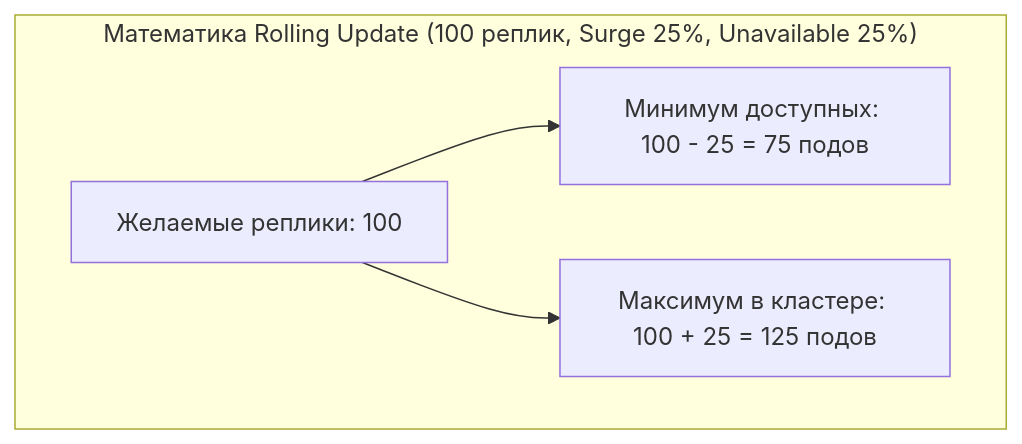
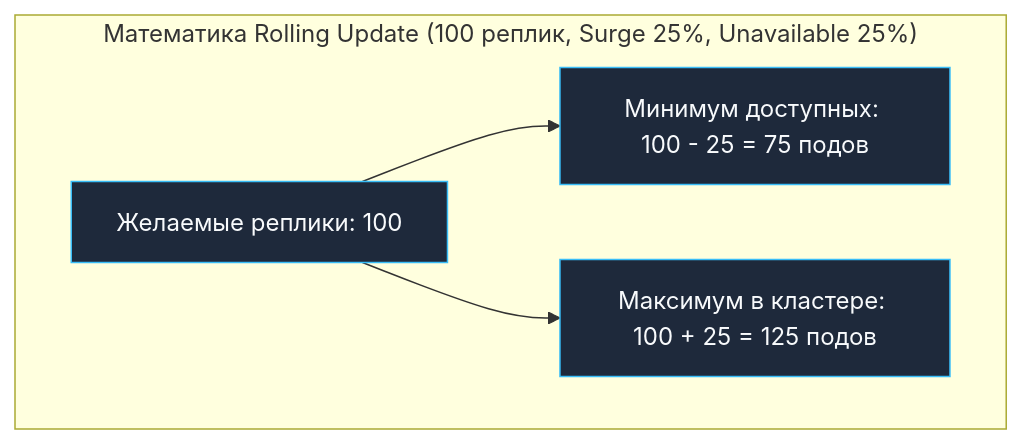
One commit to UnrealTemplier/go-textbook changed the third of 4 diagrams in sources/14. Распределенные системы на Go/07. Kubernetes и деплой/6. Rolling updates.md. Above: the diagram before and after it, drawn with Mermaid. The commit also changed other lines of this file and 1666 other files, not shown here.

First line of the commit message:
feat(mermaid): add semantic color classDef to 1369 colorless flowchart/graph diagrams

````diff
--- a/sources/14. Распределенные системы на Go/07. Kubernetes и деплой/6. Rolling updates.md
+++ b/sources/14. Распределенные системы на Go/07. Kubernetes и деплой/6. Rolling updates.md
@@ -85,10 +105,20 @@
 ```mermaid
 flowchart TD
+    classDef process  fill:#1e293b,stroke:#38bdf8,stroke-width:1px,color:#f8fafc
+    classDef success  fill:#064e3b,stroke:#34d399,stroke-width:1px,color:#f8fafc
+    classDef error    fill:#7f1d1d,stroke:#f87171,stroke-width:1px,color:#f8fafc
+    classDef warning  fill:#78350f,stroke:#fbbf24,stroke-width:1px,color:#f8fafc
+    classDef entry    fill:#1e3a5f,stroke:#38bdf8,stroke-width:2px,color:#f8fafc
+    classDef aux      fill:#334155,stroke:#64748b,stroke-width:1px,color:#f8fafc
+    classDef system   fill:#312e81,stroke:#a78bfa,stroke-width:1px,color:#f8fafc
+    classDef data     fill:#132d29,stroke:#2dd4bf,stroke-width:1px,color:#f8fafc
+    classDef network  fill:#881337,stroke:#fb7185,stroke-width:1px,color:#f8fafc
+    classDef accent   fill:#1e1b4b,stroke:#818cf8,stroke-width:1px,color:#f8fafc
     subgraph Calc["Математика Rolling Update (100 реплик, Surge 25%, Unavailable 25%)"]
-        R["Желаемые реплики: 100"]
-        Min["Минимум доступных: 100 - 25 = 75 подов"]
-        Max["Максимум в кластере: 100 + 25 = 125 подов"]
+        R["Желаемые реплики: 100"]:::process
+        Min["Минимум доступных: 100 - 25 = 75 подов"]:::process
+        Max["Максимум в кластере: 100 + 25 = 125 подов"]:::process
         R --> Min
         R --> Max
     end
 ```
````
